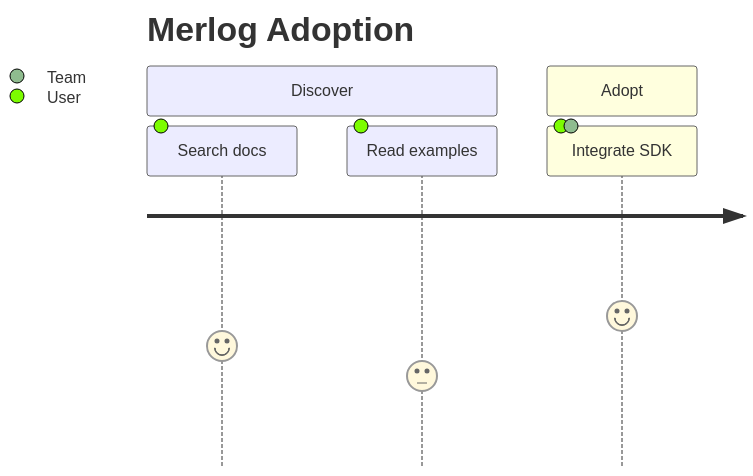
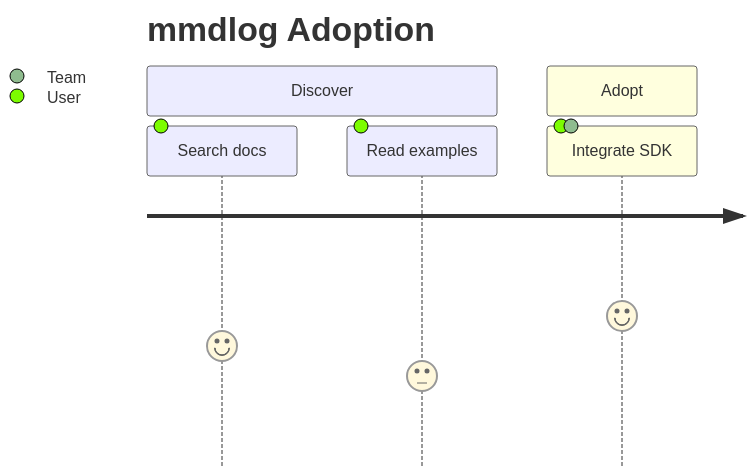
The sixth of 12 diagrams in README.md (grf53/mmdlog), drawn with Mermaid before and after one commit. The commit also changed other lines of this file and 10 other files, not shown here.

````diff
--- a/README.md
+++ b/README.md
@@ -278,9 +278,9 @@
 ```mermaid
 journey
-  title Merlog Adoption
+  title mmdlog Adoption
   section Discover
     Search docs: 4: User
     Read examples: 3: User
   section Adopt
     Integrate SDK: 5: User, Team
 ```
````
